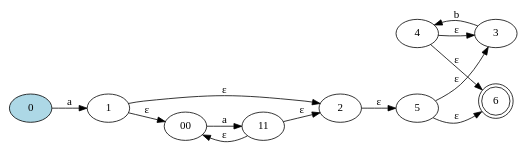
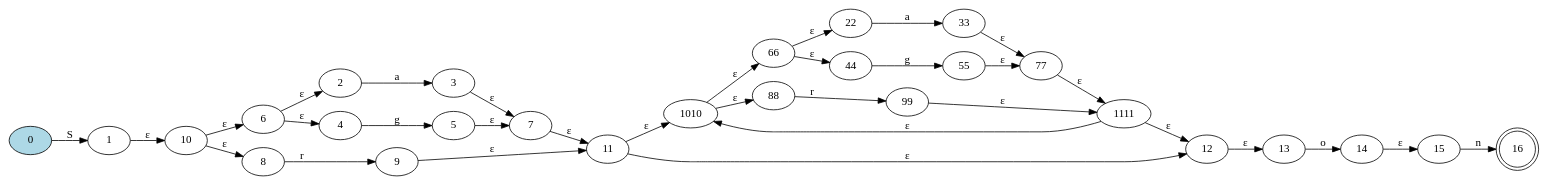
Before and after one commit to Daniel-Sima/Clone-of-the-egrep-UNIX-command: the diagram in NDFA.dot, drawn with Graphviz. The commit also changed 13 other files, not shown here.

```diff
--- a/NDFA.dot
+++ b/NDFA.dot
@@ -1,19 +1,39 @@
 digraph {
 	rankdir=LR;
 
-	6 [shape=doublecircle]
-	0[style=filled, fillcolor="lightblue"]
+	16 [shape=doublecircle]
+	0 [style=filled, fillcolor="lightblue"]
 
-	0->1 [label= "a"];
-	00->11 [label= "a"];
-	1->00 [label= "ε"];
-	11->00 [label= "ε"];
-	1->2 [label= "ε"];
-	11->2 [label= "ε"];
-	3->4 [label= "b"];
-	4->3 [label= "ε"];
-	5->3 [label= "ε"];
-	4->6 [label= "ε"];
-	5->6 [label= "ε"];
-	2->5 [label= "ε"];
+	0->1 [label= "S"];
+	2->3 [label= "a"];
+	4->5 [label= "g"];
+	6->2 [label= "ε"];
+	6->4 [label= "ε"];
+	3->7 [label= "ε"];
+	5->7 [label= "ε"];
+	8->9 [label= "r"];
+	10->6 [label= "ε"];
+	10->8 [label= "ε"];
+	7->11 [label= "ε"];
+	9->11 [label= "ε"];
+	1010->66 [label= "ε"];
+	1010->88 [label= "ε"];
+	66->22 [label= "ε"];
+	66->44 [label= "ε"];
+	88->99 [label= "r"];
+	22->33 [label= "a"];
+	44->55 [label= "g"];
+	99->1111 [label= "ε"];
+	33->77 [label= "ε"];
+	55->77 [label= "ε"];
+	77->1111 [label= "ε"];
+	11->1010 [label= "ε"];
+	1111->1010 [label= "ε"];
+	11->12 [label= "ε"];
+	1111->12 [label= "ε"];
+	1->10 [label= "ε"];
+	13->14 [label= "o"];
+	12->13 [label= "ε"];
+	15->16 [label= "n"];
+	14->15 [label= "ε"];
 }
```
